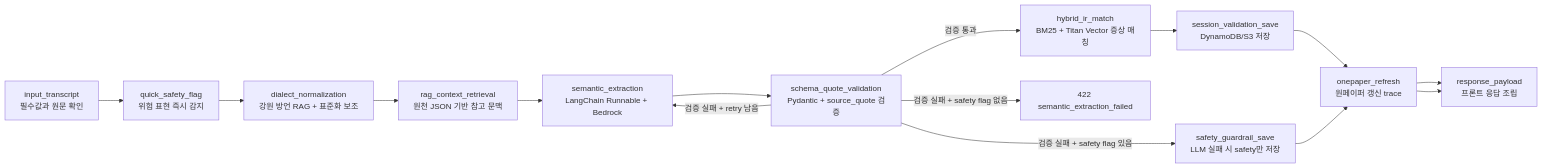
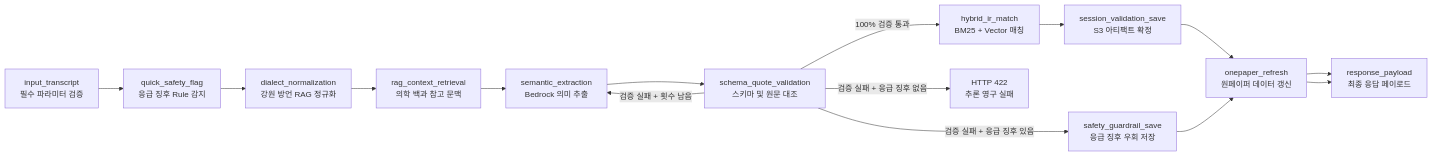
Before and after one commit to CHOIGIBUM/munjin-talk-talk: the diagram in docs/LANGGRAPH_PIPELINE.md, drawn with Mermaid. The commit also changed other lines of this file and 15 other files, not shown here.

````diff
--- a/docs/LANGGRAPH_PIPELINE.md
+++ b/docs/LANGGRAPH_PIPELINE.md
@@ -67,21 +57,21 @@
 ```mermaid
 flowchart LR
-  A["input_transcript<br/>필수값과 원문 확인"]
-  B["quick_safety_flag<br/>위험 표현 즉시 감지"]
-  C["dialect_normalization<br/>강원 방언 RAG + 표준화 보조"]
-  D["rag_context_retrieval<br/>원천 JSON 기반 참고 문맥"]
-  E["semantic_extraction<br/>LangChain Runnable + Bedrock"]
-  F["schema_quote_validation<br/>Pydantic + source_quote 검증"]
-  G["hybrid_ir_match<br/>BM25 + Titan Vector 증상 매칭"]
-  H["session_validation_save<br/>DynamoDB/S3 저장"]
-  I["safety_guardrail_save<br/>LLM 실패 시 safety만 저장"]
-  J["onepaper_refresh<br/>원페이퍼 갱신 trace"]
-  K["response_payload<br/>프론트 응답 조립"]
-  X["422 semantic_extraction_failed"]
+  A["input_transcript<br/>필수 파라미터 검증"]
+  B["quick_safety_flag<br/>응급 징후 Rule 감지"]
+  C["dialect_normalization<br/>강원 방언 RAG 정규화"]
+  D["rag_context_retrieval<br/>의학 백과 참고 문맥"]
+  E["semantic_extraction<br/>Bedrock 의미 추출"]
+  F["schema_quote_validation<br/>스키마 및 원문 대조"]
+  G["hybrid_ir_match<br/>BM25 + Vector 매칭"]
+  H["session_validation_save<br/>S3 아티팩트 확정"]
+  I["safety_guardrail_save<br/>응급 징후 우회 저장"]
+  J["onepaper_refresh<br/>원페이퍼 데이터 갱신"]
+  K["response_payload<br/>최종 응답 페이로드"]
+  X["HTTP 422<br/>추론 영구 실패"]
 
   A --> B --> C --> D --> E --> F
-  F -->|검증 실패 + retry 남음| E
-  F -->|검증 통과| G --> H --> J --> K
-  F -->|검증 실패 + safety flag 있음| I --> J --> K
-  F -->|검증 실패 + safety flag 없음| X
+  F -->|검증 실패 + 횟수 남음| E
+  F -->|100% 검증 통과| G --> H --> J --> K
+  F -->|검증 실패 + 응급 징후 있음| I --> J --> K
+  F -->|검증 실패 + 응급 징후 없음| X
 ```
````
